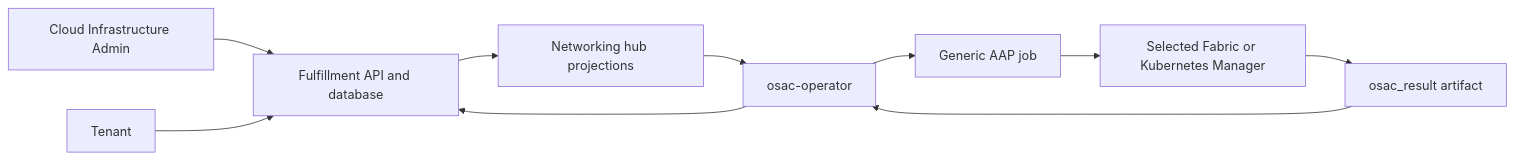
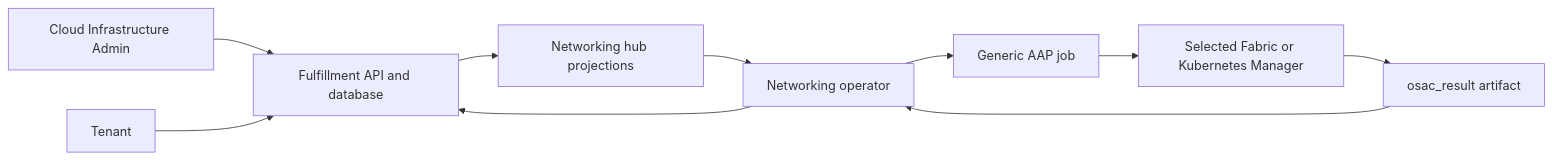
Before and after one commit to danmanor/enhancement-proposals: the diagram in enhancements/OSAC-1433-unified-networking/design.md, drawn with Mermaid. The commit also changed other lines of this file and 11 other files, not shown here.

Commit message:
docs: align networking contracts and attachment flows

````diff
--- a/enhancements/OSAC-1433-unified-networking/design.md
+++ b/enhancements/OSAC-1433-unified-networking/design.md
@@ -548,12 +493,12 @@
 ```mermaid
 flowchart LR
     Admin[Cloud Infrastructure Admin] --> API[Fulfillment API and database]
     Tenant[Tenant] --> API
     API --> Projection[Networking hub projections]
-    Projection --> Operator[osac-operator]
+    Projection --> Operator[Networking operator]
     Operator --> AAP[Generic AAP job]
     AAP --> Manager[Selected Fabric or Kubernetes Manager]
     Manager --> Result[osac_result artifact]
     Result --> Operator
     Operator --> API
 ```
````
